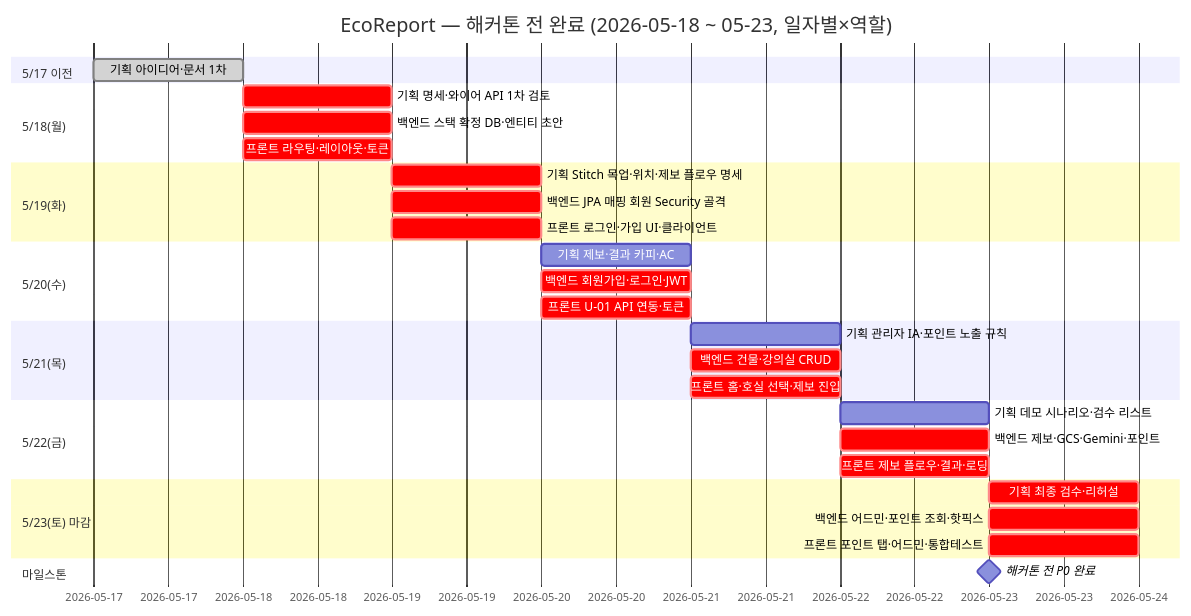
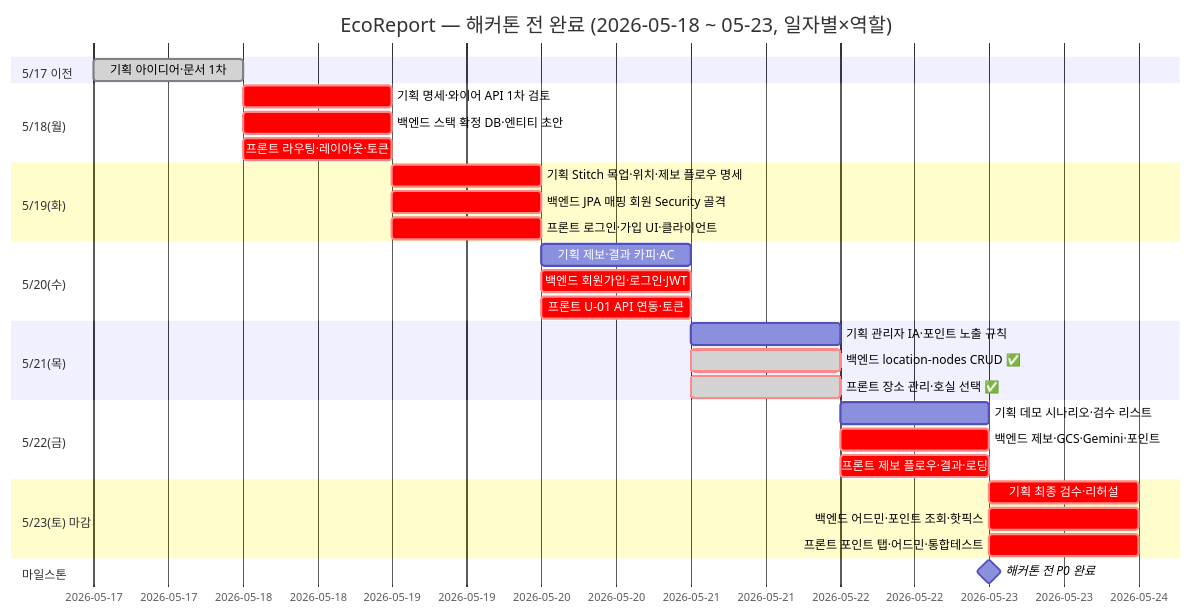
The diagram in docs/기획/캠퍼스_에너지_절약/05_운영_계획/추진_일정.md (ravenkim/sundry_study), drawn with Mermaid before and after one commit. The commit also changed other lines of this file and 45 other files, not shown here.

````diff
--- a/docs/기획/캠퍼스_에너지_절약/05_운영_계획/추진_일정.md
+++ b/docs/기획/캠퍼스_에너지_절약/05_운영_계획/추진_일정.md
@@ -50,41 +50,41 @@
 ```mermaid
 gantt
     title EcoReport — 해커톤 전 완료 (2026-05-18 ~ 05-23, 일자별×역할)
     dateFormat  YYYY-MM-DD
 
     section 5/17 이전
     기획 아이디어·문서 1차          :done, pre_g, 2026-05-17, 1d
 
     section 5/18(월)
     기획 명세·와이어 API 1차 검토     :crit, d18_g, 2026-05-18, 1d
     백엔드 스택 확정 DB·엔티티 초안   :crit, d18_b, 2026-05-18, 1d
     프론트 라우팅·레이아웃·토큰      :crit, d18_f, 2026-05-18, 1d
 
     section 5/19(화)
     기획 Stitch 목업·위치·제보 플로우 명세 :crit, d19_g, 2026-05-19, 1d
     백엔드 JPA 매핑 회원 Security 골격 :crit, d19_b, 2026-05-19, 1d
     프론트 로그인·가입 UI·클라이언트 :crit, d19_f, 2026-05-19, 1d
 
     section 5/20(수)
     기획 제보·결과 카피·AC            :d20_g, 2026-05-20, 1d
     백엔드 회원가입·로그인·JWT       :crit, d20_b, 2026-05-20, 1d
     프론트 U-01 API 연동·토큰         :crit, d20_f, 2026-05-20, 1d
 
     section 5/21(목)
     기획 관리자 IA·포인트 노출 규칙   :d21_g, 2026-05-21, 1d
-    백엔드 건물·강의실 CRUD          :crit, d21_b, 2026-05-21, 1d
-    프론트 홈·호실 선택·제보 진입     :crit, d21_f, 2026-05-21, 1d
+    백엔드 location-nodes CRUD ✅     :crit, done, d21_b, 2026-05-21, 1d
+    프론트 장소 관리·호실 선택 ✅      :crit, done, d21_f, 2026-05-21, 1d
 
     section 5/22(금)
     기획 데모 시나리오·검수 리스트    :d22_g, 2026-05-22, 1d
     백엔드 제보·GCS·Gemini·포인트     :crit, d22_b, 2026-05-22, 1d
     프론트 제보 플로우·결과·로딩     :crit, d22_f, 2026-05-22, 1d
 
     section 5/23(토) 마감
     기획 최종 검수·리허설             :crit, d23_g, 2026-05-23, 1d
     백엔드 어드민·포인트 조회·핫픽스  :crit, d23_b, 2026-05-23, 1d
     프론트 포인트 탭·어드민·통합테스트 :crit, d23_f, 2026-05-23, 1d
 
     section 마일스톤
     해커톤 전 P0 완료                :milestone, m_end, 2026-05-23, 0d
 ```
````
